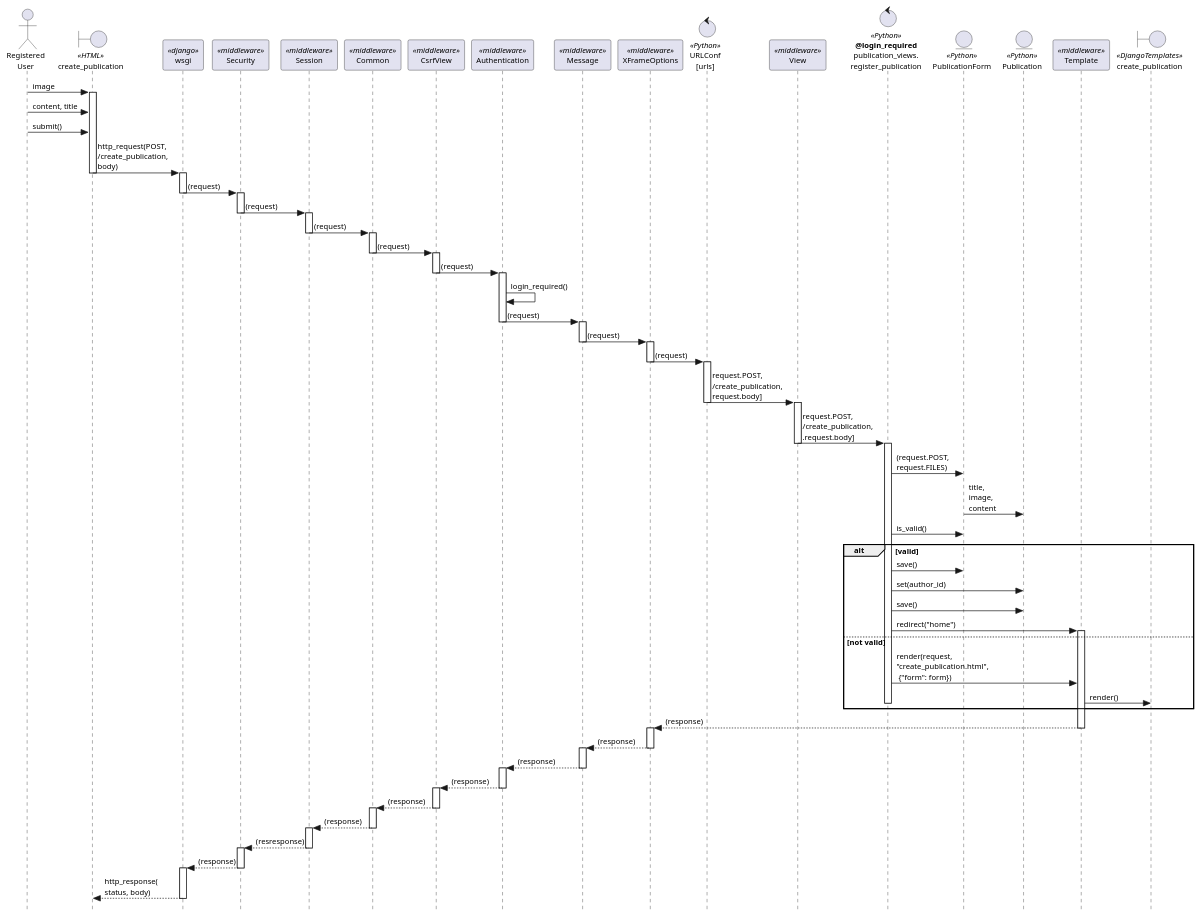
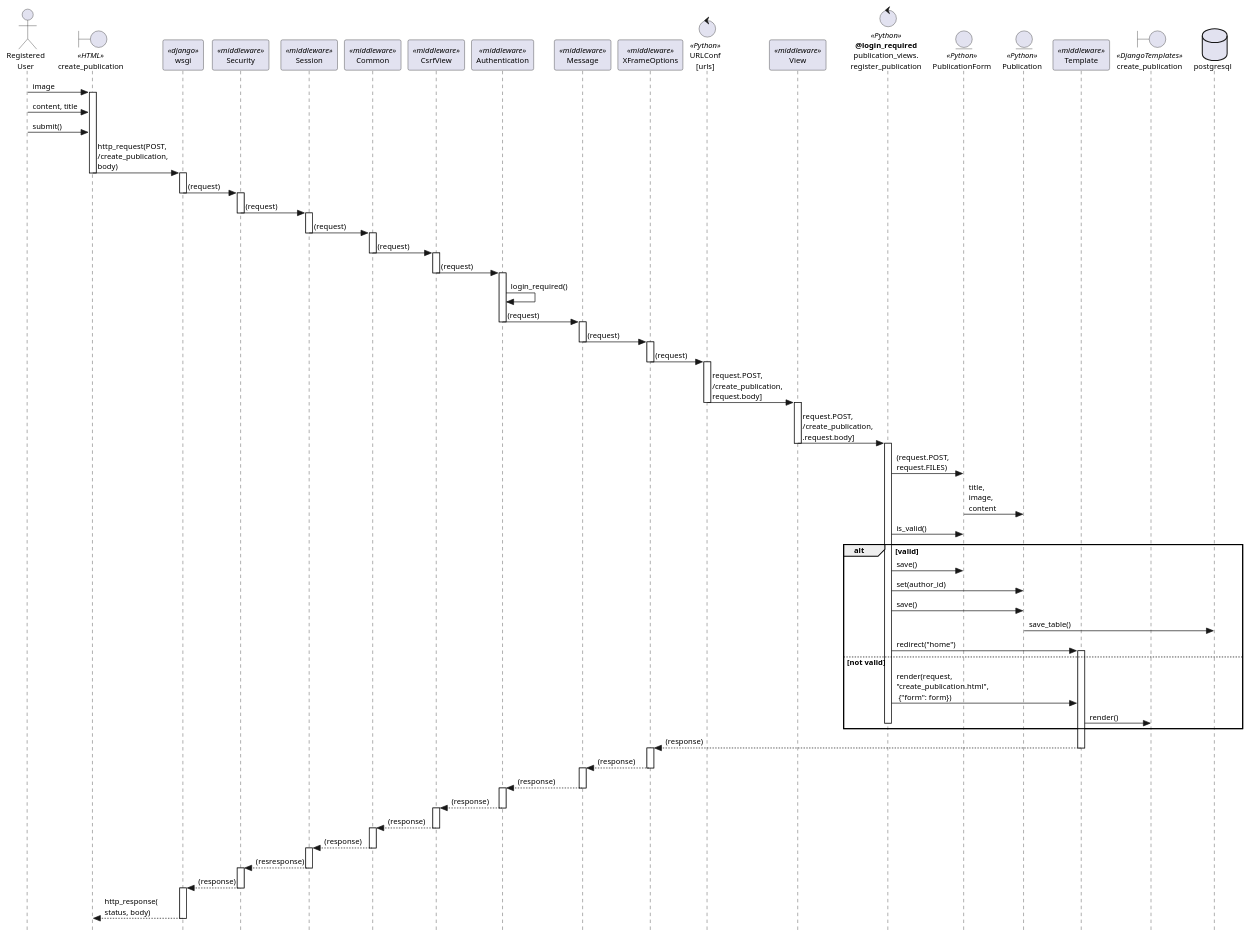
Before and after one commit to mpaulaherrero/tesis-frameworks-backend-diagrams: the diagram in logicalView/designView/django/usecaseDesign/interactionsSequenceUC7.plantuml, drawn with PlantUML. The commit also changed 4 other files, not shown here.

Commit message:
cambio de nombre de modelo y postgresql en diagrama de secuencia

```diff
--- a/logicalView/designView/django/usecaseDesign/interactionsSequenceUC7.plantuml
+++ b/logicalView/designView/django/usecaseDesign/interactionsSequenceUC7.plantuml
@@ -1,110 +1,113 @@
 @startuml
 skinparam style strictuml
 skinparam defaultFontSize 11
 skinparam stereotypePosition top
 
 actor "Registered\nUser" as UserReg
 
 boundary "create_publication" as PublicationHtml << HTML >>
 
 participant wsgi << django >>
 
 participant "Security" as md1 << middleware >>
 participant "Session" as md2 << middleware >>
 participant "Common" as md3 << middleware >>
 participant "CsrfView" as md4 << middleware >>
 participant "Authentication" as md5 << middleware >>
 participant "Message" as md6 << middleware >>
 participant "XFrameOptions" as md7 << middleware >>
 
 control "URLConf\n[urls]" as urls << Python >>
 participant "View" as view << middleware >>
 
 control "<b>@login_required</b>\npublication_views.\nregister_publication" as CreatePublicationController << Python >>
 
 entity PublicationForm << Python >>
 entity Publication << Python >>
 
 participant "Template" as template << middleware >>
 boundary "create_publication" as PublicationDetailView << DjangoTemplates >>
+
+database postgresql
 
 
 UserReg -> PublicationHtml: image
 activate PublicationHtml
 UserReg -> PublicationHtml: content, title
 UserReg -> PublicationHtml: submit()
 PublicationHtml -> wsgi: http_request(POST,\n/create_publication,\nbody)
 deactivate PublicationHtml
 activate wsgi
 wsgi -> md1: (request)
 deactivate wsgi
 activate md1
 md1 -> md2: (request)
 deactivate md1
 activate md2
 md2 -> md3: (request)
 deactivate md2
 activate md3
 md3 -> md4: (request)
 deactivate md3
 activate md4
 md4 -> md5: (request)
 deactivate md4
 activate md5
 md5 -> md5: login_required()
 md5 -> md6: (request)
 deactivate md5
 activate md6
 md6 -> md7: (request)
 deactivate md6
 activate md7
 md7 -> urls: (request)
 deactivate md7
 activate urls
 urls -> view : request.POST,\n/create_publication,\nrequest.body]
 deactivate urls
 activate view
 view -> CreatePublicationController: request.POST,\n/create_publication,\n.request.body]
 deactivate view
 activate CreatePublicationController
 CreatePublicationController -> PublicationForm: (request.POST,\nrequest.FILES)
 PublicationForm -> Publication: title,\nimage,\ncontent
 CreatePublicationController -> PublicationForm: is_valid()
 alt valid
     CreatePublicationController -> PublicationForm: save()
     CreatePublicationController -> Publication: set(author_id)
     CreatePublicationController -> Publication: save()
+    Publication -> postgresql: save_table()
     CreatePublicationController -> template: redirect("home")
     activate template
 else not valid
     CreatePublicationController -> template: render(request,\n"create_publication.html",\n {"form": form})
     template -> PublicationDetailView : render()
     deactivate CreatePublicationController
 end
 template --> md7: (response)
 deactivate template
 activate md7
 md7 --> md6: (response)
 deactivate md7
 activate md6
 md6 --> md5: (response)
 deactivate md6
 activate md5
 md5 --> md4: (response)
 deactivate md5
 activate md4
 md4 --> md3: (response)
 deactivate md4
 activate md3
 md3 --> md2: (response)
 deactivate md3
 activate md2
 md2 --> md1: (resresponse)
 deactivate md2
 activate md1
 md1 --> wsgi: (response)
 deactivate md1
 activate wsgi
 wsgi --> PublicationHtml: http_response(\nstatus, body)
 deactivate wsgi
 @enduml
```
